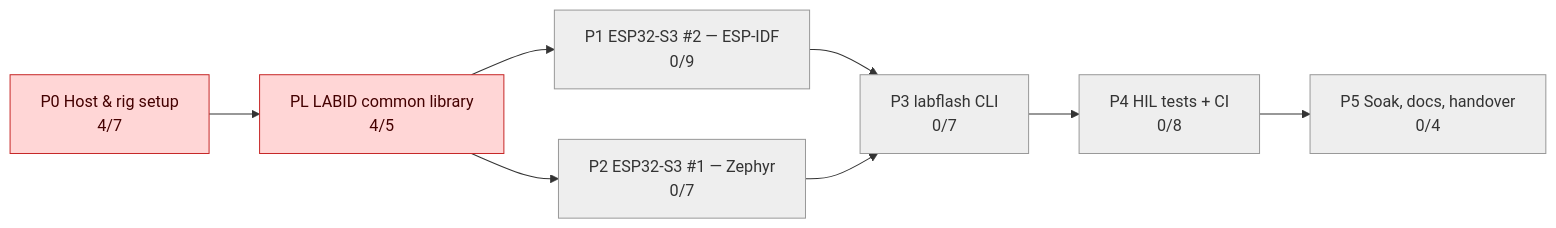
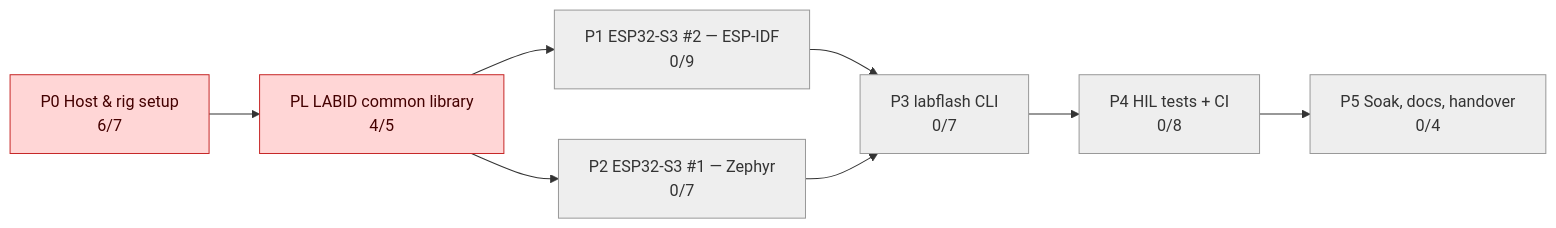
The second of 3 diagrams in tickets/TICKETS.md (mohamed-soubhi/bootlab-esp), drawn with Mermaid before and after one commit. The commit also changed other lines of this file and 5 other files, not shown here.

````diff
--- a/tickets/TICKETS.md
+++ b/tickets/TICKETS.md
@@ -31,21 +31,21 @@
 ```mermaid
 flowchart LR
-    E0["P0 Host & rig setup<br/>4/7"]:::blocked
+    E0["P0 Host & rig setup<br/>6/7"]:::blocked
     EL["PL LABID common library<br/>4/5"]:::blocked
     E1["P1 ESP32-S3 #2 — ESP-IDF<br/>0/9"]:::todo
     E2["P2 ESP32-S3 #1 — Zephyr<br/>0/7"]:::todo
     E3["P3 labflash CLI<br/>0/7"]:::todo
     E4["P4 HIL tests + CI<br/>0/8"]:::todo
     E5["P5 Soak, docs, handover<br/>0/4"]:::todo
     E0 --> EL
     E1 --> E3
     E2 --> E3
     E3 --> E4
     E4 --> E5
     EL --> E1
     EL --> E2
     classDef todo fill:#eeeeee,stroke:#999,color:#333
     classDef doing fill:#cfe3ff,stroke:#2f6fdb,color:#123
     classDef blocked fill:#ffd6d6,stroke:#c62828,color:#400
     classDef done fill:#d4f5d4,stroke:#2e7d32,color:#132
 ```
````
